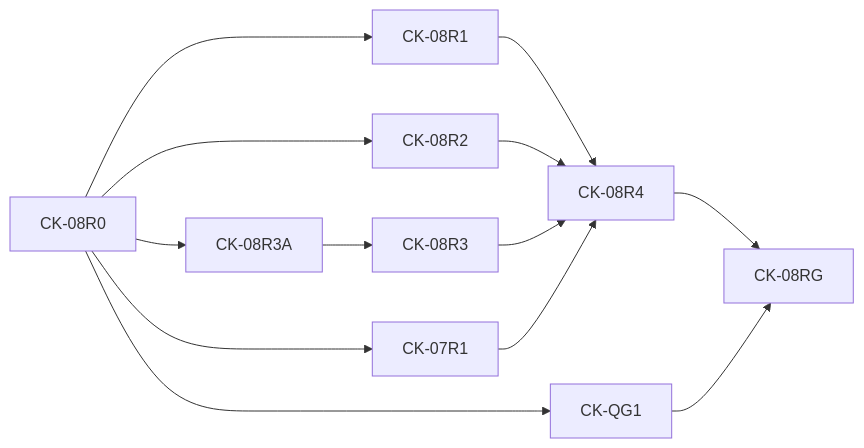
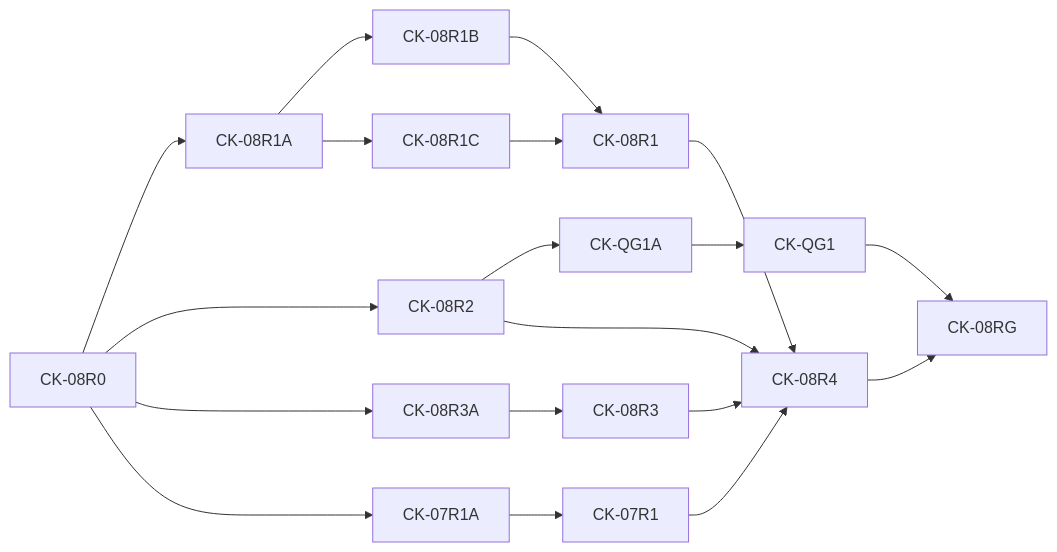
One commit to douglasmonsky/codex-usage-tracker changed the diagram in docs/roadmap/AGENT_FIRST_CLEAN_CUTOVER.md. Above: the diagram before and after it, drawn with Mermaid. The commit also changed other lines of this file and 19 other files, not shown here.

````diff
--- a/docs/roadmap/AGENT_FIRST_CLEAN_CUTOVER.md
+++ b/docs/roadmap/AGENT_FIRST_CLEAN_CUTOVER.md
@@ -70,15 +60,21 @@
 ```mermaid
 flowchart LR
-    R0[CK-08R0] --> R1[CK-08R1]
-    R0 --> R2[CK-08R2]
-    R0 --> R3A[CK-08R3A]
-    R0 --> R7[CK-07R1]
-    R0 --> QG[CK-QG1]
-    R3A --> R3[CK-08R3]
-    R1 --> R4[CK-08R4]
-    R2 --> R4
-    R3 --> R4
-    R7 --> R4
-    R4 --> RG[CK-08RG]
-    QG --> RG
+ R0[CK-08R0] --> R1A[CK-08R1A]
+ R1A --> R1B[CK-08R1B]
+ R1A --> R1C[CK-08R1C]
+ R1B --> R1[CK-08R1]
+ R1C --> R1
+ R0 --> R2[CK-08R2]
+ R2 --> QGA[CK-QG1A]
+ QGA --> QG[CK-QG1]
+ R0 --> R3A[CK-08R3A]
+ R3A --> R3[CK-08R3]
+ R0 --> R7A[CK-07R1A]
+ R7A --> R7[CK-07R1]
+ R1 --> R4[CK-08R4]
+ R2 --> R4
+ R3 --> R4
+ R7 --> R4
+ R4 --> RG[CK-08RG]
+ QG --> RG
 ```
````
